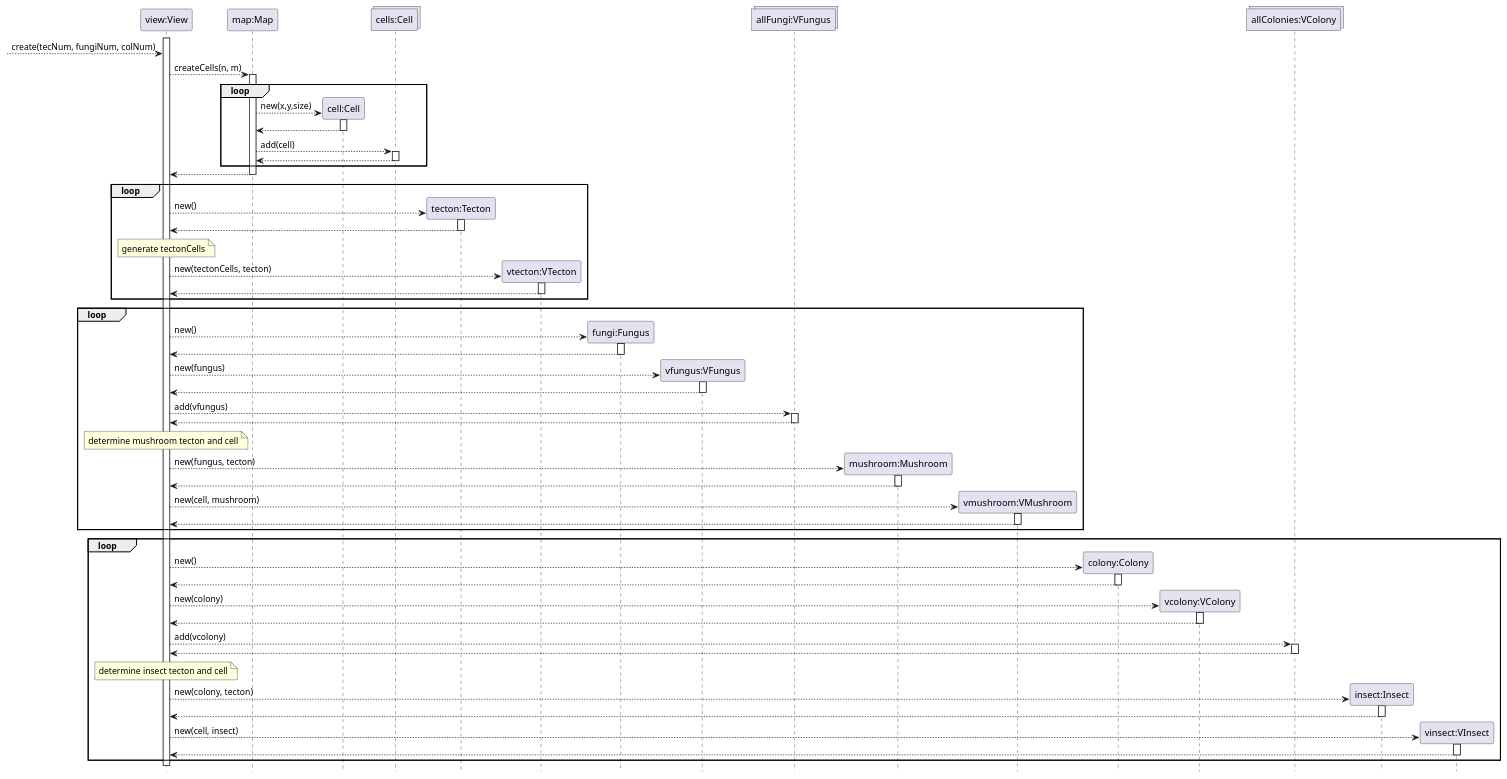
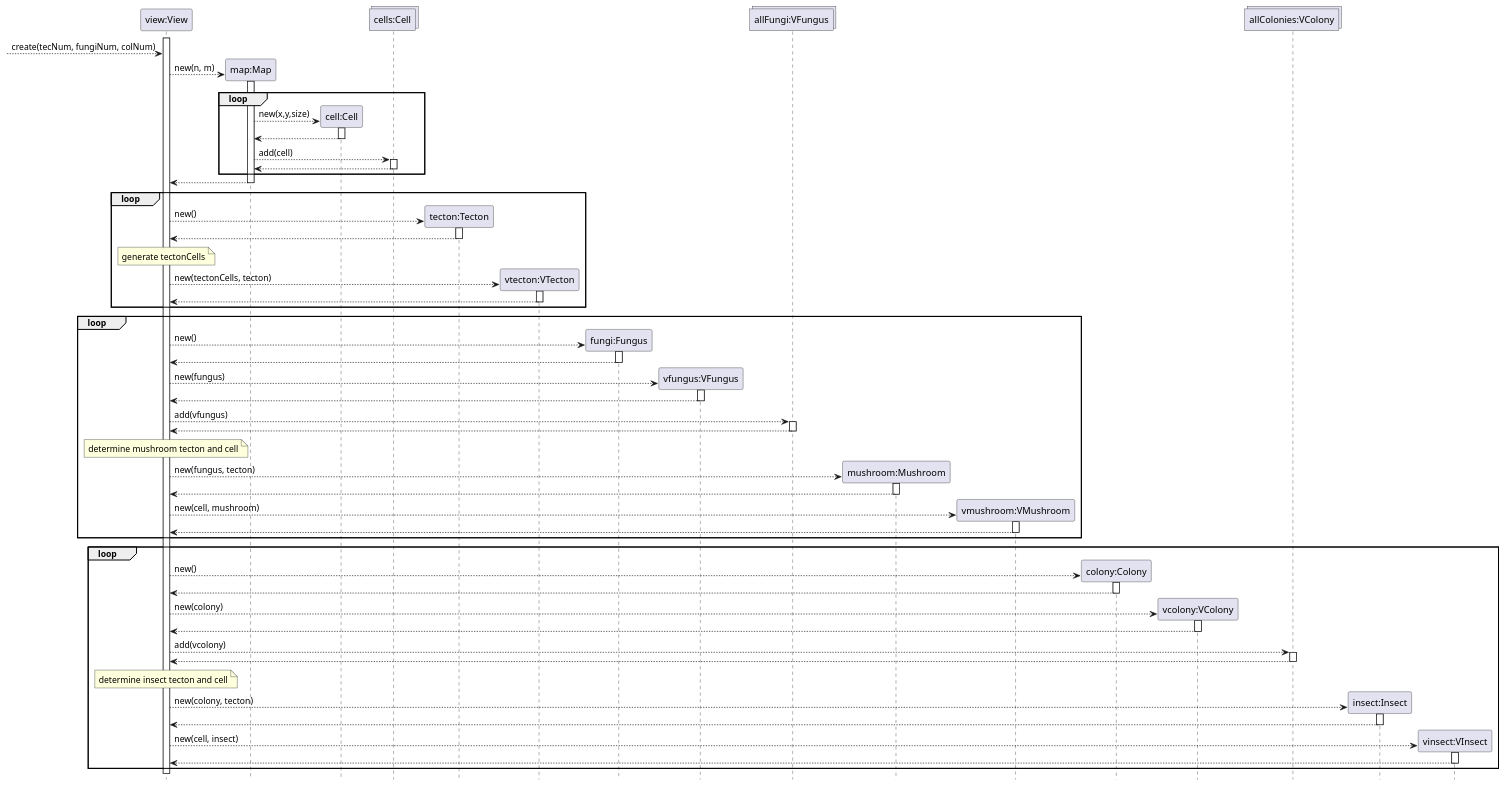
Before and after one commit to ZD4ve/projlab-error521: the diagram in GuiPlan/initialize.puml, drawn with PlantUML.

Commit message:
Init seq fix

```diff
--- a/GuiPlan/initialize.puml
+++ b/GuiPlan/initialize.puml
@@ -1,108 +1,109 @@
 @startuml init
 hide footbox
 
 participant "view:View" as view
 
 
 participant "map:Map" as map
 participant "cell:Cell" as cell
 collections "cells:Cell" as cells
 
 participant "tecton:Tecton" as tecton
 participant "vtecton:VTecton" as vtecton
 
 participant "fungi:Fungus" as fungus
 participant "vfungus:VFungus" as vfungus
 collections "allFungi:VFungus" as allFungi
 participant "mushroom:Mushroom" as mushroom
 participant "vmushroom:VMushroom" as vmushroom
 
 participant "colony:Colony" as col
 participant "vcolony:VColony" as vcol
 collections "allColonies:VColony" as allCol
 participant "insect:Insect" as insect
 participant "vinsect:VInsect" as vinsect
 
 
 activate view
 --> view : create(tecNum, fungiNum, colNum)
-view --> map : createCells(n, m)
+create map
+    view --> map : new(n, m)
 activate map
 
 loop
     create cell
         map --> cell: new(x,y,size)
     activate cell
     return
     map --> cells : add(cell)
     activate cells
     return
 end
 
 return
 
 loop
     create tecton
         view --> tecton : new()
     activate tecton
     return
     note over view : generate tectonCells
     create vtecton
         view --> vtecton : new(tectonCells, tecton)
     activate vtecton
     return
 end
 
 loop
     create fungus
         view --> fungus : new()
     activate fungus
     return
     create vfungus
         view --> vfungus : new(fungus)
     activate vfungus
     return
     view --> allFungi : add(vfungus)
     activate allFungi
     return
     note over view : determine mushroom tecton and cell
     create mushroom
         view --> mushroom : new(fungus, tecton)
     activate mushroom
     return
     create vmushroom
         view --> vmushroom : new(cell, mushroom)
     activate vmushroom
     return
 end
 
 loop
     create col
         view --> col : new()
     activate col
     return
     create vcol
         view --> vcol : new(colony)
     activate vcol
     return
     view --> allCol : add(vcolony)
     activate allCol
     return
     note over view : determine insect tecton and cell
     create insect
         view --> insect : new(colony, tecton)
     activate insect
     return
     create vinsect
         view --> vinsect : new(cell, insect)
     activate vinsect
     return
 end
 
 
 
 
 
 
 
 @enduml
```
